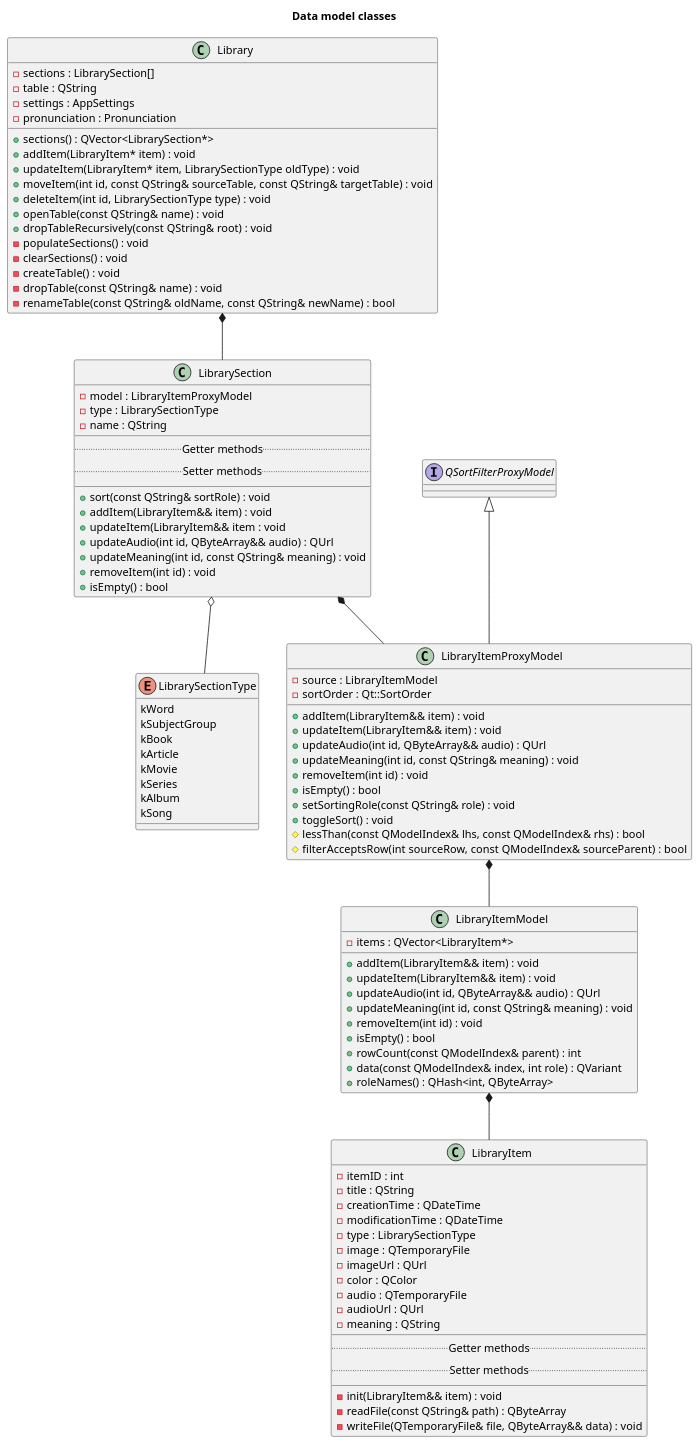
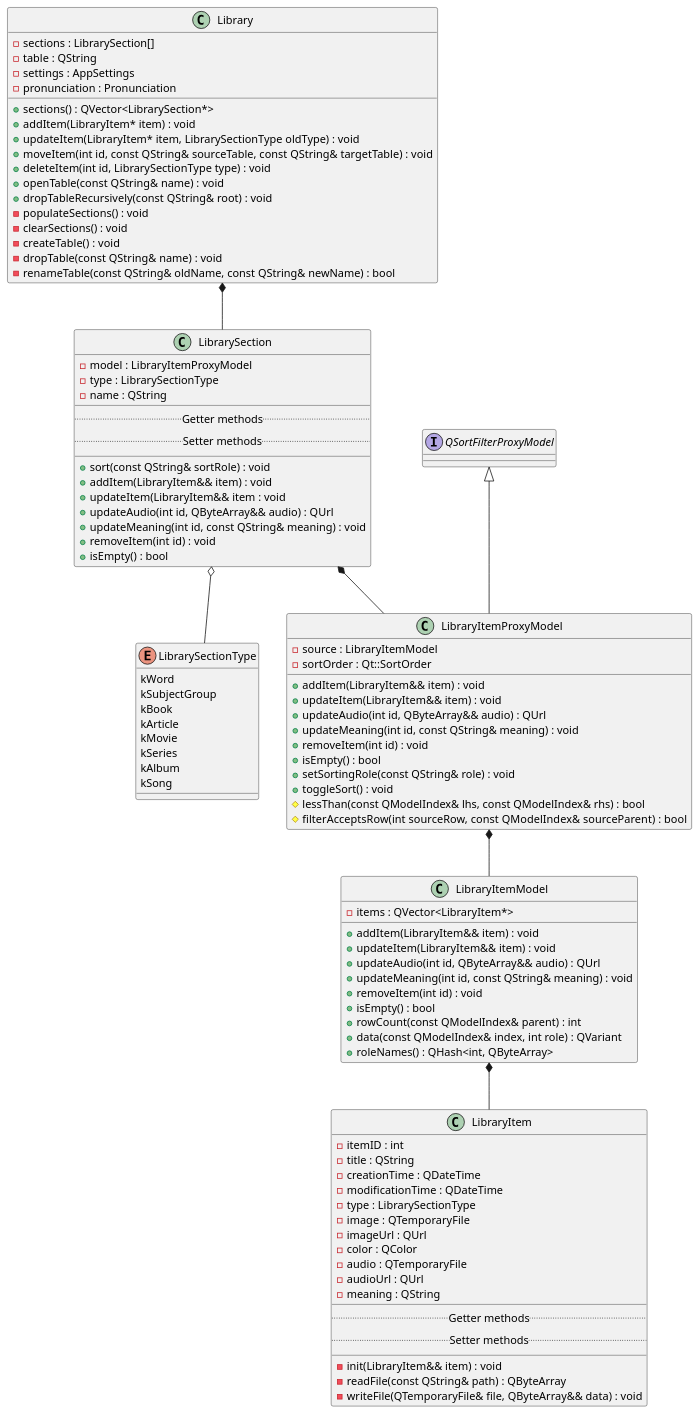
The diagram in docs/uml/data_model_class.puml (eliaseamus/lexis), drawn with PlantUML before and after one commit. The commit also changed 13 other files, not shown here.

Commit message:
removed titles from uml diagrams

```diff
--- a/docs/uml/data_model_class.puml
+++ b/docs/uml/data_model_class.puml
@@ -1,110 +1,108 @@
 @startuml
-
-title Data model classes
 
 class "Library" as lib {
   -sections : LibrarySection[]
   -table : QString
   -settings : AppSettings
   -pronunciation : Pronunciation
   +sections() : QVector<LibrarySection*>
   +addItem(LibraryItem* item) : void
   +updateItem(LibraryItem* item, LibrarySectionType oldType) : void
   +moveItem(int id, const QString& sourceTable, const QString& targetTable) : void
   +deleteItem(int id, LibrarySectionType type) : void
   +openTable(const QString& name) : void
   +dropTableRecursively(const QString& root) : void
   -populateSections() : void
   -clearSections() : void
   -createTable() : void
   -dropTable(const QString& name) : void
   -renameTable(const QString& oldName, const QString& newName) : bool
 }
 
 class "LibrarySection" as libSection {
   -model : LibraryItemProxyModel
   -type : LibrarySectionType
   -name : QString
   __
   .. Getter methods ..
   .. Setter methods ..
   __
   +sort(const QString& sortRole) : void
   +addItem(LibraryItem&& item) : void
   +updateItem(LibraryItem&& item : void
   +updateAudio(int id, QByteArray&& audio) : QUrl
   +updateMeaning(int id, const QString& meaning) : void
   +removeItem(int id) : void
   +isEmpty() : bool
 }
 
 enum "LibrarySectionType" as sectionType {
   kWord
   kSubjectGroup
   kBook
   kArticle
   kMovie
   kSeries
   kAlbum
   kSong
 }
 
 interface QSortFilterProxyModel
 
 class "LibraryItemProxyModel" as proxyModel {
   -source : LibraryItemModel
   -sortOrder : Qt::SortOrder
   +addItem(LibraryItem&& item) : void
   +updateItem(LibraryItem&& item) : void
   +updateAudio(int id, QByteArray&& audio) : QUrl
   +updateMeaning(int id, const QString& meaning) : void
   +removeItem(int id) : void
   +isEmpty() : bool
   +setSortingRole(const QString& role) : void
   +toggleSort() : void
   #lessThan(const QModelIndex& lhs, const QModelIndex& rhs) : bool
   #filterAcceptsRow(int sourceRow, const QModelIndex& sourceParent)  : bool
 }
 
 class "LibraryItemModel" as itemModel {
   -items : QVector<LibraryItem*>
   +addItem(LibraryItem&& item) : void
   +updateItem(LibraryItem&& item) : void
   +updateAudio(int id, QByteArray&& audio) : QUrl
   +updateMeaning(int id, const QString& meaning) : void
   +removeItem(int id) : void
   +isEmpty() : bool
   +rowCount(const QModelIndex& parent) : int
   +data(const QModelIndex& index, int role) : QVariant
   +roleNames() : QHash<int, QByteArray>
 }
 
 class "LibraryItem" as libItem {
   -itemID : int
   -title : QString
   -creationTime : QDateTime
   -modificationTime : QDateTime
   -type : LibrarySectionType
   -image : QTemporaryFile
   -imageUrl : QUrl
   -color : QColor
   -audio : QTemporaryFile
   -audioUrl : QUrl
   -meaning : QString
   __
   .. Getter methods ..
   .. Setter methods ..
   __
   -init(LibraryItem&& item) : void
   -readFile(const QString& path) : QByteArray
   -writeFile(QTemporaryFile& file, QByteArray&& data) : void
 }
 
 QSortFilterProxyModel <|-- proxyModel
 lib *-- libSection
 libSection *-- proxyModel
 libSection o-- sectionType
 proxyModel *-- itemModel
 itemModel *-- libItem
 
 @enduml
```
